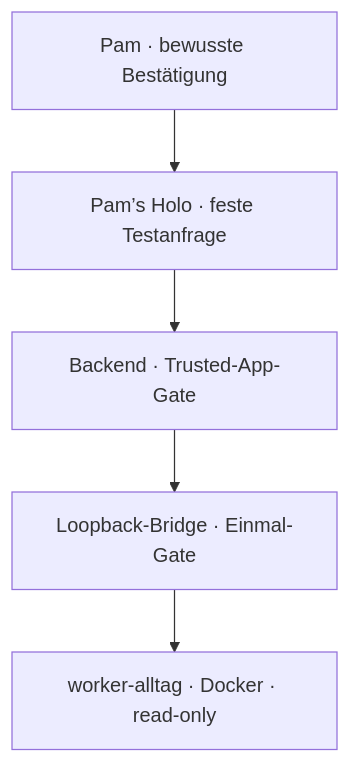
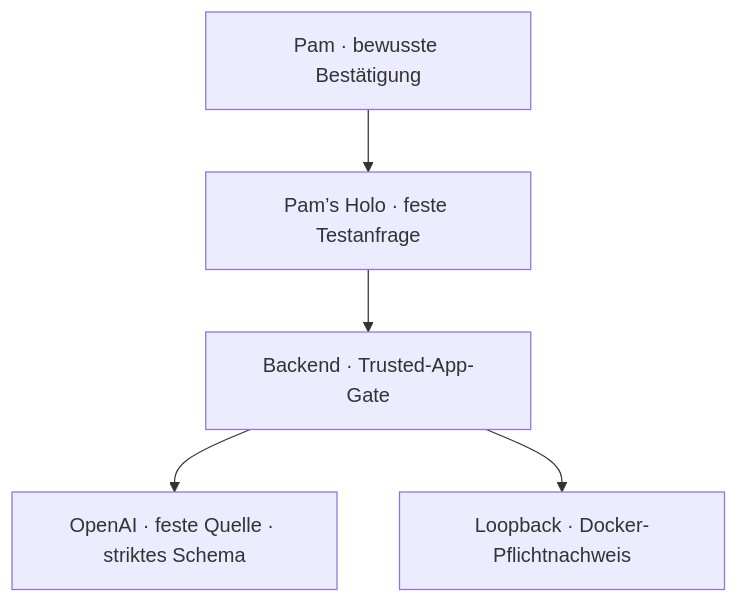
Before and after one commit to pamelanitschke75-cyber/Sol-Holo-: the diagram in openclaw-lab/README.md, drawn with Mermaid. The commit also changed other lines of this file, not shown here.

Commit message:
Describe existing-services Alltag preview path

````diff
--- a/openclaw-lab/README.md
+++ b/openclaw-lab/README.md
@@ -39,7 +47,7 @@
 ```mermaid
 flowchart TD
   A["Pam · bewusste Bestätigung"] --> B["Pam’s Holo · feste Testanfrage"]
   B --> C["Backend · Trusted-App-Gate"]
-  C --> D["Loopback-Bridge · Einmal-Gate"]
-  D --> E["worker-alltag · Docker · read-only"]
+  C --> D["OpenAI · feste Quelle · striktes Schema"]
+  C --> E["Loopback · Docker-Pflichtnachweis"]
 ```
````
